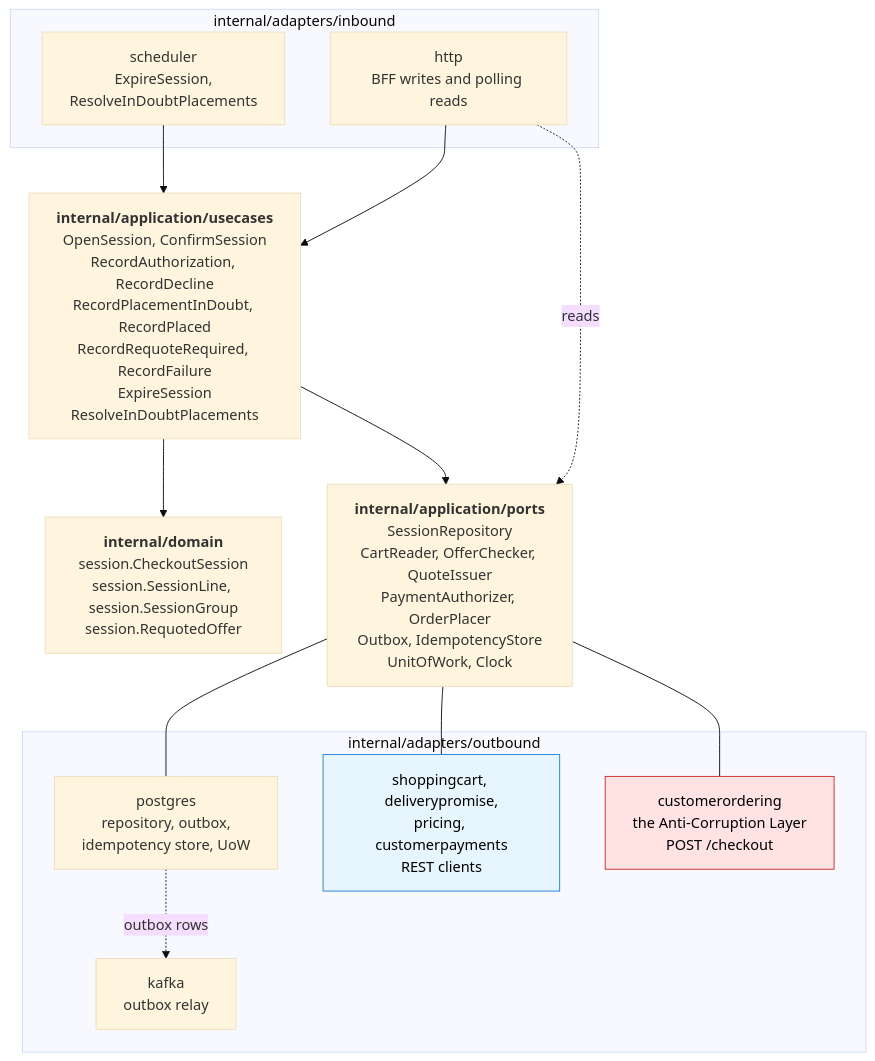
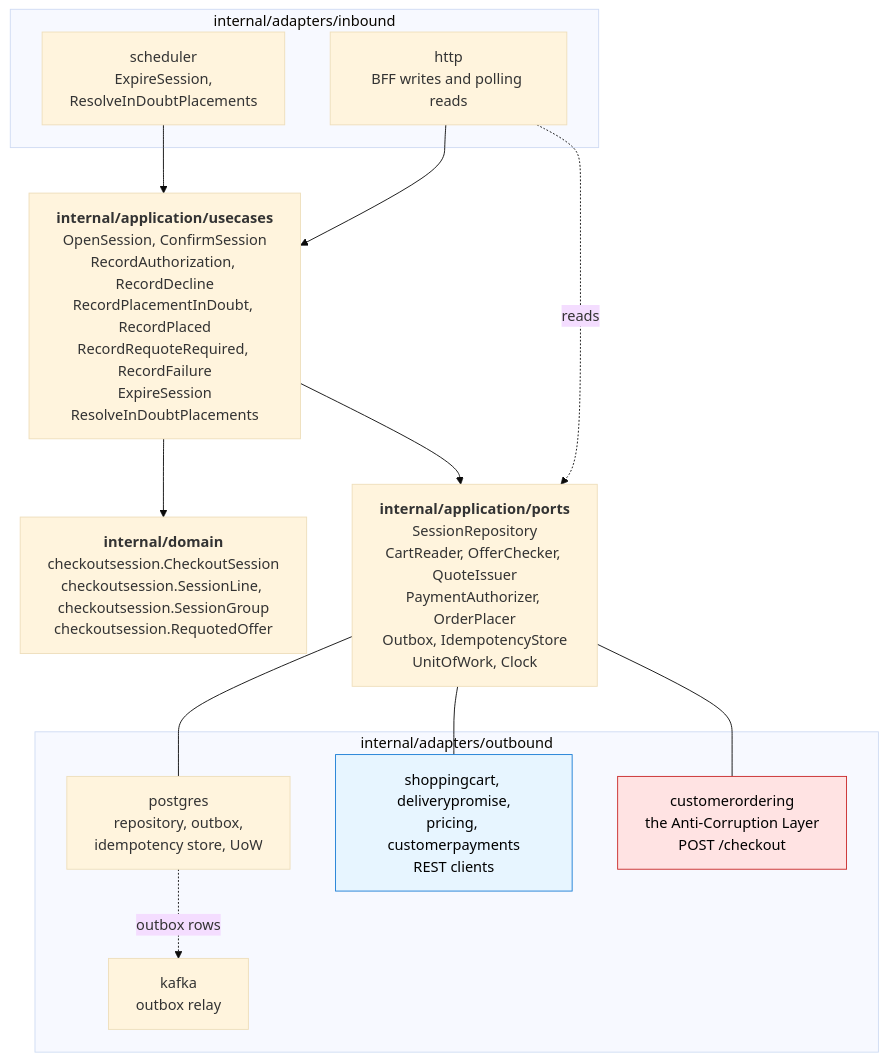
The fifth of 5 diagrams in storefront/docs/contexts/checkout/class-diagram.md (IQVO/warehouse-docs), drawn with Mermaid (base theme) before and after one commit. The commit also changed other lines of this file and 83 other files, not shown here.

````diff
--- a/storefront/docs/contexts/checkout/class-diagram.md
+++ b/storefront/docs/contexts/checkout/class-diagram.md
@@ -200,30 +200,30 @@
 ```mermaid
 flowchart TB
     subgraph IN["internal/adapters/inbound"]
         HTTP["http<br/>BFF writes and polling reads"]
         SCH["scheduler<br/>ExpireSession,<br/>ResolveInDoubtPlacements"]
     end
     APP["<b>internal/application/usecases</b><br/>OpenSession, ConfirmSession<br/>RecordAuthorization, RecordDecline<br/>RecordPlacementInDoubt, RecordPlaced<br/>RecordRequoteRequired, RecordFailure<br/>ExpireSession<br/>ResolveInDoubtPlacements"]
-    DOM["<b>internal/domain</b><br/>session.CheckoutSession<br/>session.SessionLine, session.SessionGroup<br/>session.RequotedOffer"]
+    DOM["<b>internal/domain</b><br/>checkoutsession.CheckoutSession<br/>checkoutsession.SessionLine, checkoutsession.SessionGroup<br/>checkoutsession.RequotedOffer"]
     PORTS["<b>internal/application/ports</b><br/>SessionRepository<br/>CartReader, OfferChecker, QuoteIssuer<br/>PaymentAuthorizer, OrderPlacer<br/>Outbox, IdempotencyStore<br/>UnitOfWork, Clock"]
     subgraph OUT["internal/adapters/outbound"]
         A1["postgres<br/>repository, outbox,<br/>idempotency store, UoW"]
         A2["kafka<br/>outbox relay"]
         A3["shoppingcart, deliverypromise,<br/>pricing, customerpayments<br/>REST clients"]
         A4["customerordering<br/>the Anti-Corruption Layer<br/>POST /checkout"]
     end
     HTTP --> APP
     SCH --> APP
     HTTP -. reads .-> PORTS
     APP --> DOM
     APP --> PORTS
     PORTS --- A1
     PORTS --- A3
     PORTS --- A4
     A1 -. outbox rows .-> A2
 
     classDef outblue fill:#e7f5ff,stroke:#1c7ed6,color:#000
     classDef acl fill:#ffe3e3,stroke:#c92a2a,color:#000
     class A3 outblue
     class A4 acl
 ```
````
